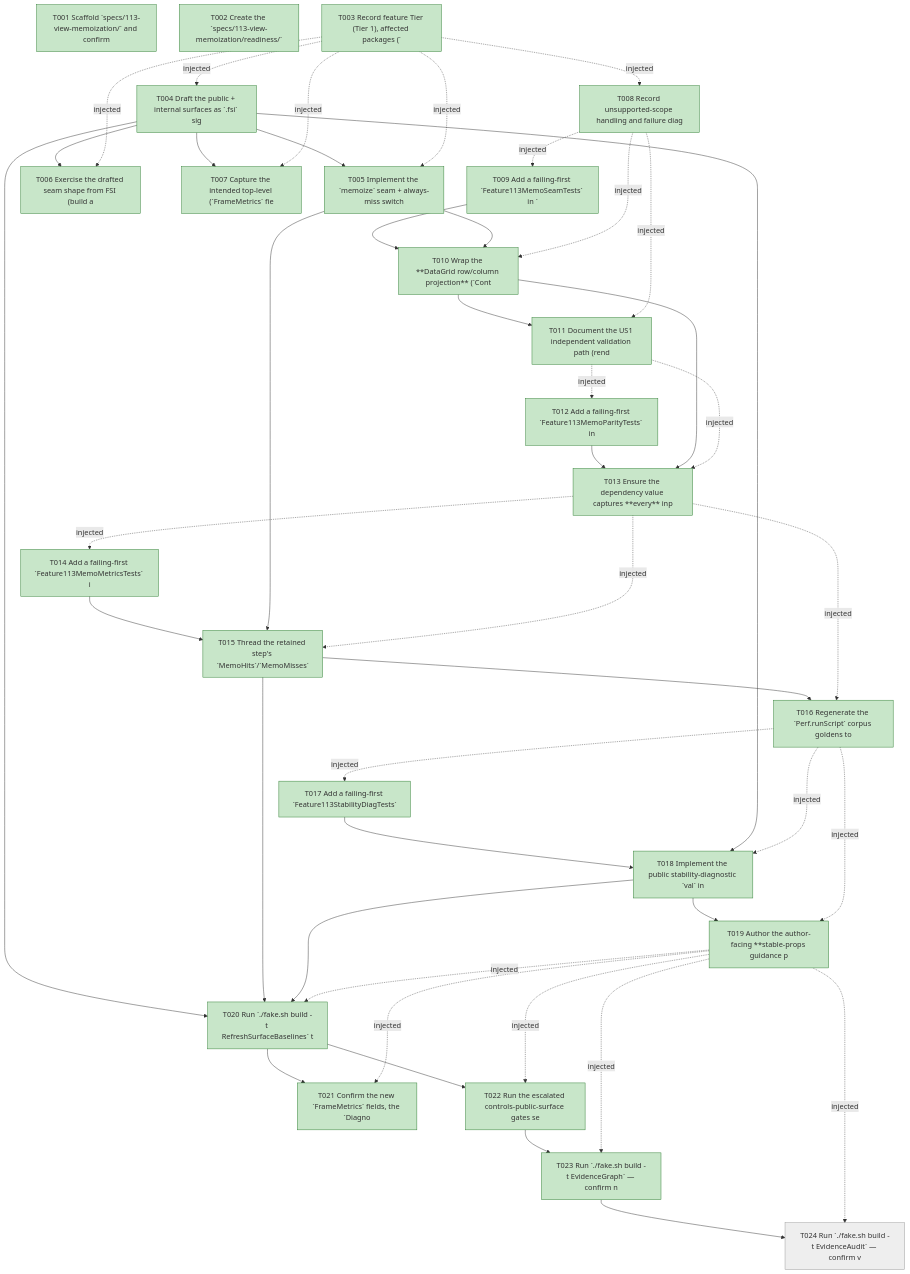
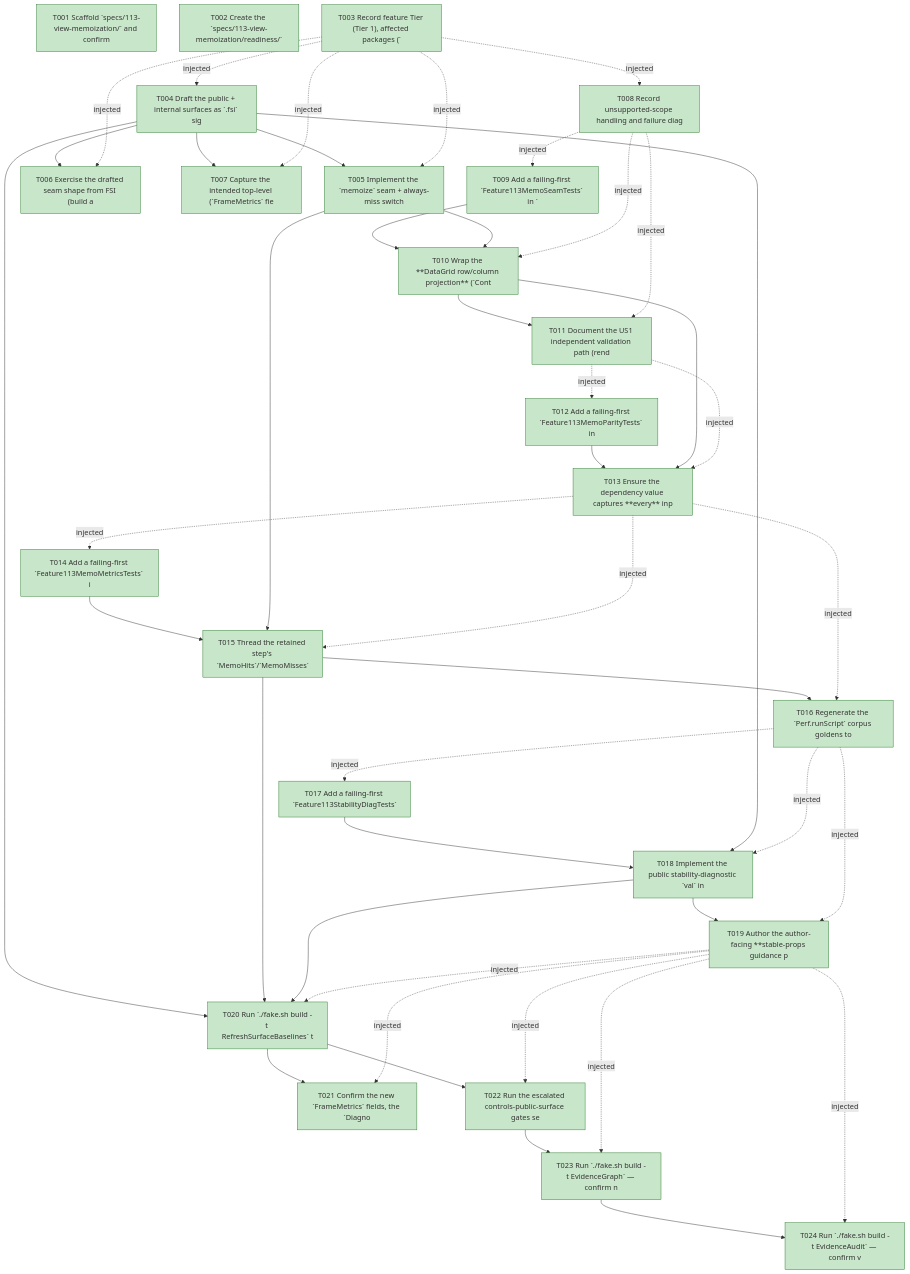
Before and after one commit to EHotwagner/FS-Skia-UI: the diagram in specs/113-view-memoization/readiness/task-graph.md, drawn with Mermaid. The commit also changed other lines of this file and 207 other files, not shown here.

````diff
--- a/specs/113-view-memoization/readiness/task-graph.md
+++ b/specs/113-view-memoization/readiness/task-graph.md
@@ -47,75 +46,75 @@
 ```mermaid
 graph TD
   T001["T001 Scaffold `specs/113-view-memoization/` and confirm"]:::done
   T002["T002 Create the `specs/113-view-memoization/readiness/`"]:::done
   T003["T003 Record feature Tier (Tier 1), affected packages (`"]:::done
   T004["T004 Draft the public + internal surfaces as `.fsi` sig"]:::done
   T005["T005 Implement the `memoize` seam + always-miss switch "]:::done
   T006["T006 Exercise the drafted seam shape from FSI (build a "]:::done
   T007["T007 Capture the intended top-level (`FrameMetrics` fie"]:::done
   T008["T008 Record unsupported-scope handling and failure diag"]:::done
   T009["T009 Add a failing-first `Feature113MemoSeamTests` in `"]:::done
   T010["T010 Wrap the **DataGrid row/column projection** (`Cont"]:::done
   T011["T011 Document the US1 independent validation path (rend"]:::done
   T012["T012 Add a failing-first `Feature113MemoParityTests` in"]:::done
   T013["T013 Ensure the dependency value captures **every** inp"]:::done
   T014["T014 Add a failing-first `Feature113MemoMetricsTests` i"]:::done
   T015["T015 Thread the retained step's `MemoHits`/`MemoMisses`"]:::done
   T016["T016 Regenerate the `Perf.runScript` corpus goldens to "]:::done
   T017["T017 Add a failing-first `Feature113StabilityDiagTests`"]:::done
   T018["T018 Implement the public stability-diagnostic `val` in"]:::done
   T019["T019 Author the author-facing **stable-props guidance p"]:::done
   T020["T020 Run `./fake.sh build -t RefreshSurfaceBaselines` t"]:::done
   T021["T021 Confirm the new `FrameMetrics` fields, the `Diagno"]:::done
   T022["T022 Run the escalated controls-public-surface gates se"]:::done
   T023["T023 Run `./fake.sh build -t EvidenceGraph` — confirm n"]:::done
-  T024["T024 Run `./fake.sh build -t EvidenceAudit` — confirm v"]:::pending
+  T024["T024 Run `./fake.sh build -t EvidenceAudit` — confirm v"]:::done
   T003 -. injected .-> T004
   T004 --> T005
   T003 -. injected .-> T005
   T004 --> T006
   T003 -. injected .-> T006
   T004 --> T007
   T003 -. injected .-> T007
   T003 -. injected .-> T008
   T008 -. injected .-> T009
   T009 --> T010
   T005 --> T010
   T008 -. injected .-> T010
   T010 --> T011
   T008 -. injected .-> T011
   T011 -. injected .-> T012
   T012 --> T013
   T010 --> T013
   T011 -. injected .-> T013
   T013 -. injected .-> T014
   T014 --> T015
   T005 --> T015
   T013 -. injected .-> T015
   T015 --> T016
   T013 -. injected .-> T016
   T016 -. injected .-> T017
   T017 --> T018
   T004 --> T018
   T016 -. injected .-> T018
   T018 --> T019
   T016 -. injected .-> T019
   T004 --> T020
   T015 --> T020
   T018 --> T020
   T019 -. injected .-> T020
   T020 --> T021
   T019 -. injected .-> T021
   T020 --> T022
   T019 -. injected .-> T022
   T022 --> T023
   T019 -. injected .-> T023
   T023 --> T024
   T019 -. injected .-> T024
   classDef pending fill:#eeeeee,stroke:#999
   classDef done fill:#c8e6c9,stroke:#2e7d32
   classDef synthetic fill:#ffe0b2,stroke:#e65100,stroke-width:2px
   classDef autoSynthetic fill:#ffab91,stroke:#bf360c,stroke-width:2px,stroke-dasharray:5 3
   classDef failed fill:#ffcdd2,stroke:#b71c1c,stroke-width:2px
   classDef skipped fill:#f5f5f5,stroke:#666,stroke-dasharray:3 3
 ```
````
